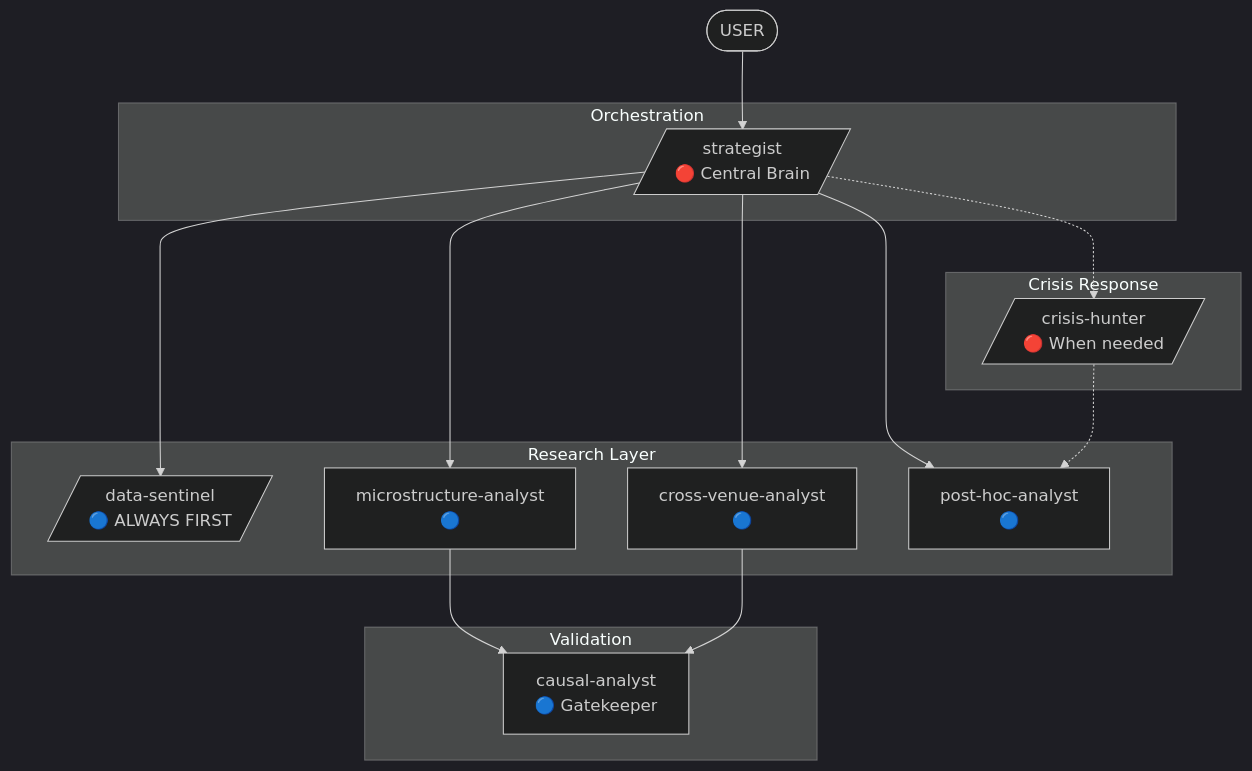
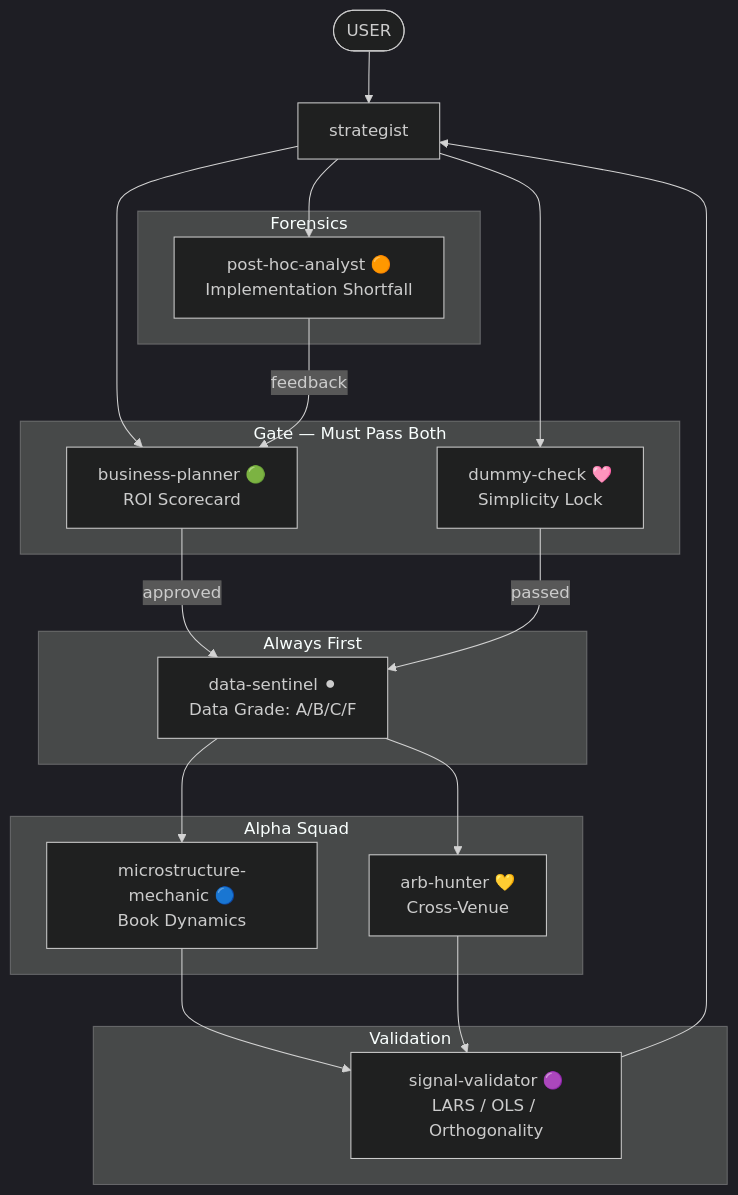
Before and after one commit to DeevsDeevs/agent-system: the diagram in research-experts/README.md, drawn with Mermaid (dark theme). The commit also changed other lines of this file and 14 other files, not shown here.

````diff
--- a/research-experts/README.md
+++ b/research-experts/README.md
@@ -74,34 +78,38 @@
 ```mermaid
 flowchart TD
     USER([USER]) --> strategist
 
-    subgraph orchestration [Orchestration]
-        strategist[/"strategist<br/>🔴 Central Brain"/]
+    subgraph gate [Gate — Must Pass Both]
+        biz["business-planner 🟢<br/>ROI Scorecard"]
+        dummy["dummy-check 🩷<br/>Simplicity Lock"]
     end
 
-    subgraph research [Research Layer]
-        data-sentinel[/"data-sentinel<br/>🔵 ALWAYS FIRST"/]
-        micro["microstructure-analyst<br/>🔵"]
-        cross["cross-venue-analyst<br/>🔵"]
-        post-hoc["post-hoc-analyst<br/>🔵"]
+    subgraph prerequisite [Always First]
+        data["data-sentinel ⚫<br/>Data Grade: A/B/C/F"]
+    end
+
+    subgraph alpha [Alpha Squad]
+        mech["microstructure-mechanic 🔵<br/>Book Dynamics"]
+        arb["arb-hunter 💛<br/>Cross-Venue"]
     end
 
     subgraph validation [Validation]
-        causal["causal-analyst<br/>🔵 Gatekeeper"]
+        validator["signal-validator 🟣<br/>LARS / OLS / Orthogonality"]
     end
 
-    subgraph crisis [Crisis Response]
-        crisis-hunter[/"crisis-hunter<br/>🔴 When needed"/]
+    subgraph forensics [Forensics]
+        post["post-hoc-analyst 🟠<br/>Implementation Shortfall"]
     end
 
-    strategist --> data-sentinel
-    strategist --> micro
-    strategist --> cross
-    strategist --> post-hoc
-
-    micro --> causal
-    cross --> causal
-
-    crisis-hunter -.-> post-hoc
-    strategist -.-> crisis-hunter
+    strategist --> biz
+    strategist --> dummy
+    biz -->|approved| data
+    dummy -->|passed| data
+    data --> mech
+    data --> arb
+    mech --> validator
+    arb --> validator
+    validator --> strategist
+    strategist --> post
+    post -->|feedback| biz
 ```
````
